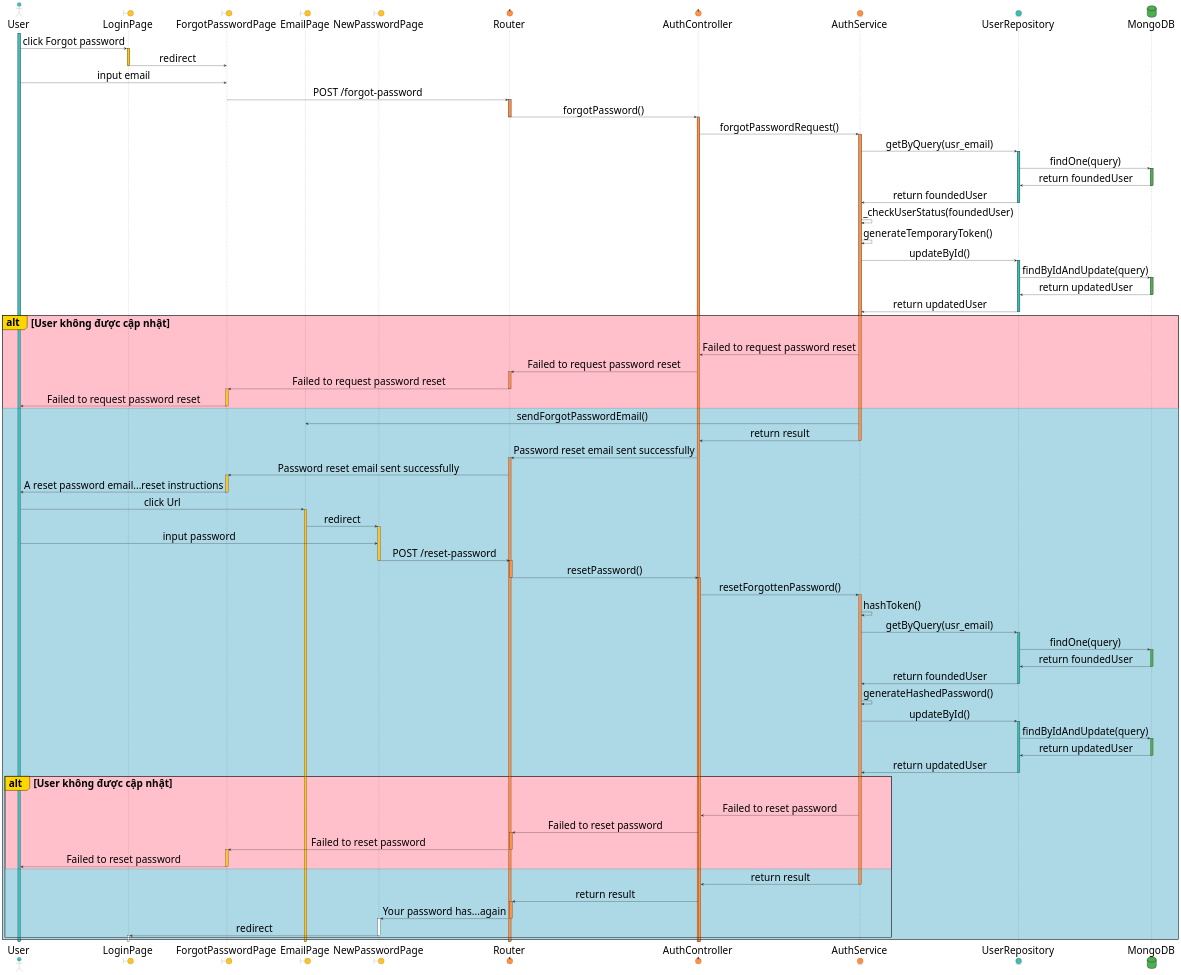
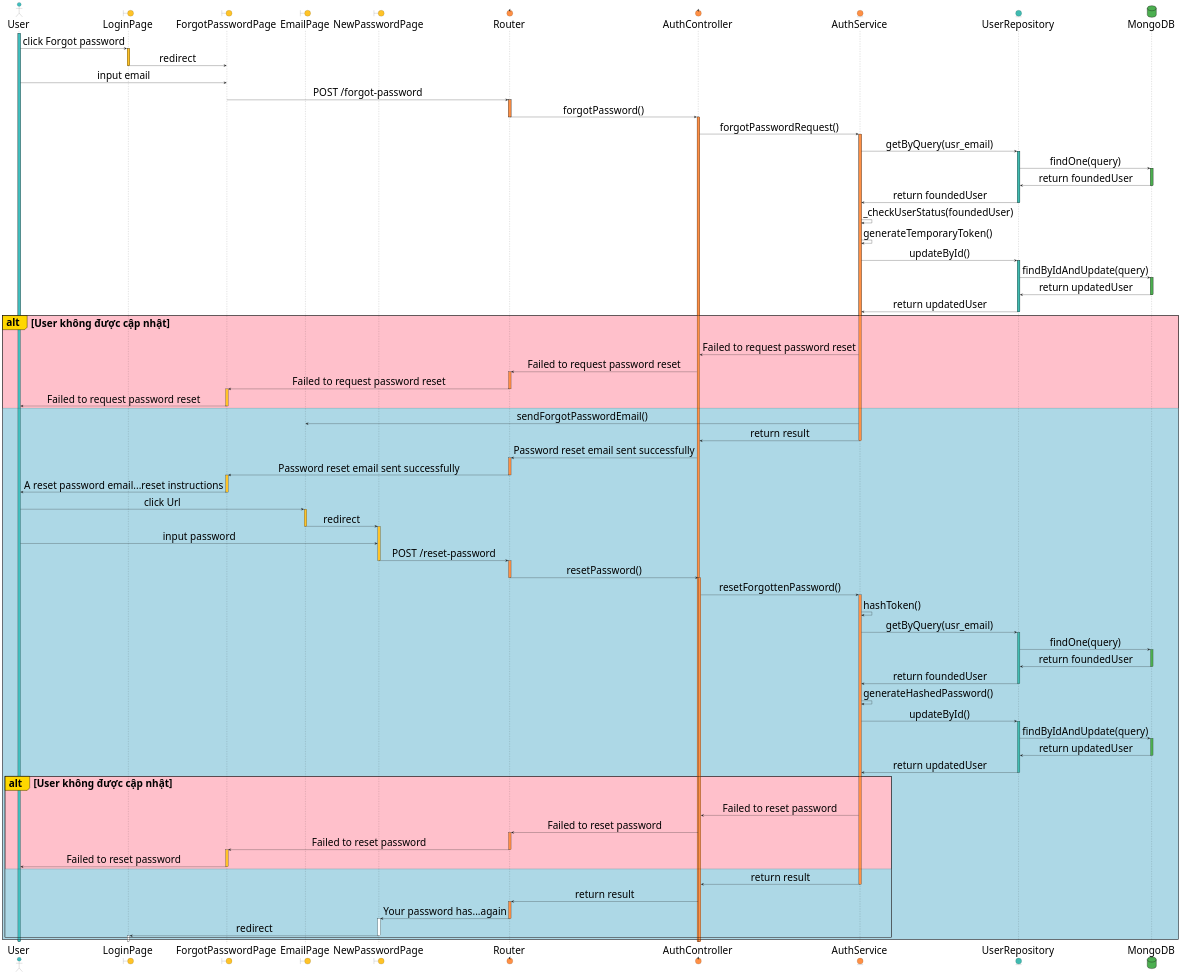
The diagram in docs/SequenceDiagram/forgotPassword.wsd (KhoaDoesTech/ShareAndCareShop), drawn with PlantUML before and after one commit. The commit also changed 1 other file, not shown here.

Commit message:
add Logout Sequence

```diff
--- a/docs/SequenceDiagram/forgotPassword.wsd
+++ b/docs/SequenceDiagram/forgotPassword.wsd
@@ -1,160 +1,162 @@
 @startuml
 
 skinparam defaultFontSize 40        
 skinparam SequenceMessageAlign center
 
 actor User as User #40BFBF
 boundary "LoginPage" as LoginPage #ffc327
 boundary "ForgotPasswordPage" as FPPage #ffc327
 boundary "EmailPage" as EmailPage #ffc327
 boundary "NewPasswordPage" as NPPage #ffc327
 control Router as Router #ff9045
 control AuthController as AuthController #ff9045
 entity AuthService as AuthService #ff9045
 entity UserRepository as UserRepository #40bbb1
 database MongoDB as DB #4CAF50
 
 activate User #40BFBF
 User -> LoginPage: click Forgot password
 activate LoginPage #ffc327
 
 LoginPage -> FPPage: redirect
 deactivate LoginPage
 
 User -> FPPage: input email
 FPPage -> Router: POST /forgot-password
 deactivate FPPage
 activate Router #ff9045
 
 Router -> AuthController: forgotPassword()
 deactivate Router
 activate AuthController #ff9045
 
 AuthController -> AuthService: forgotPasswordRequest()
 activate AuthService #ff9045
 
 AuthService -> UserRepository: getByQuery(usr_email)
 activate UserRepository #40bbb1
 
 UserRepository -> DB: findOne(query)
 activate DB #4CAF50
 
 DB -> UserRepository: return foundedUser
 deactivate DB
 
 UserRepository -> AuthService: return foundedUser
 deactivate UserRepository
 
 AuthService -> AuthService: _checkUserStatus(foundedUser)
 AuthService -> AuthService: generateTemporaryToken()
 
 AuthService -> UserRepository: updateById()
 activate UserRepository #40bbb1
 
 UserRepository -> DB: findByIdAndUpdate(query)
 activate DB #4CAF50
 
 DB -> UserRepository: return updatedUser
 deactivate DB
 
 UserRepository -> AuthService: return updatedUser
 deactivate UserRepository
 
 alt#Gold #Pink User không được cập nhật
     AuthService -> AuthController: Failed to request password reset
     AuthController -> Router: Failed to request password reset
     activate Router #ff9045
 
     Router -> FPPage: Failed to request password reset
     deactivate Router
     activate FPPage #ffc327
 
     FPPage -> User: Failed to request password reset
     deactivate FPPage
 else #LightBlue
     AuthService -> EmailPage: sendForgotPasswordEmail()
     AuthService -> AuthController: return result
     deactivate AuthService
 
     AuthController -> Router: Password reset email sent successfully
     activate Router #ff9045
 
     Router -> FPPage: Password reset email sent successfully
+    deactivate Router
     activate FPPage #ffc327
 
     FPPage -> User: A reset password email...reset instructions
     deactivate FPPage
 
     User -> EmailPage: click Url
     activate EmailPage #ffc327
 
     EmailPage -> NPPage: redirect
+    deactivate EmailPage
     activate NPPage #ffc327
 
     User -> NPPage: input password
     NPPage -> Router: POST /reset-password
     deactivate NPPage
     activate Router #ff9045
 
     Router -> AuthController: resetPassword()
     deactivate Router
     activate AuthController #ff9045
 
     AuthController -> AuthService: resetForgottenPassword()
     activate AuthService #ff9045
 
     AuthService -> AuthService: hashToken()
     AuthService -> UserRepository: getByQuery(usr_email)
     activate UserRepository #40bbb1
 
     UserRepository -> DB: findOne(query)
     activate DB #4CAF50
 
     DB -> UserRepository: return foundedUser
     deactivate DB
 
     UserRepository -> AuthService: return foundedUser
     deactivate UserRepository
 
     AuthService -> AuthService: generateHashedPassword()
     AuthService -> UserRepository: updateById()
     activate UserRepository #40bbb1
 
     UserRepository -> DB: findByIdAndUpdate(query)
     activate DB #4CAF50
 
     DB -> UserRepository: return updatedUser
     deactivate DB
 
     UserRepository -> AuthService: return updatedUser
     deactivate UserRepository
 
     alt#Gold #Pink User không được cập nhật
         AuthService -> AuthController: Failed to reset password
         AuthController -> Router: Failed to reset password
         activate Router #ff9045
 
         Router -> FPPage: Failed to reset password
         deactivate Router
         activate FPPage #ffc327
 
         FPPage -> User: Failed to reset password
         deactivate FPPage
     else #LightBlue
         AuthService -> AuthController: return result
         deactivate AuthService
 
         AuthController -> Router: return result
         activate Router #ff9045
 
         Router -> NPPage: Your password has...again
         deactivate Router
         activate NPPage
 
         NPPage -> LoginPage: redirect
         deactivate NPPage
         activate LoginPage
     end
 end
 
 @enduml
```
